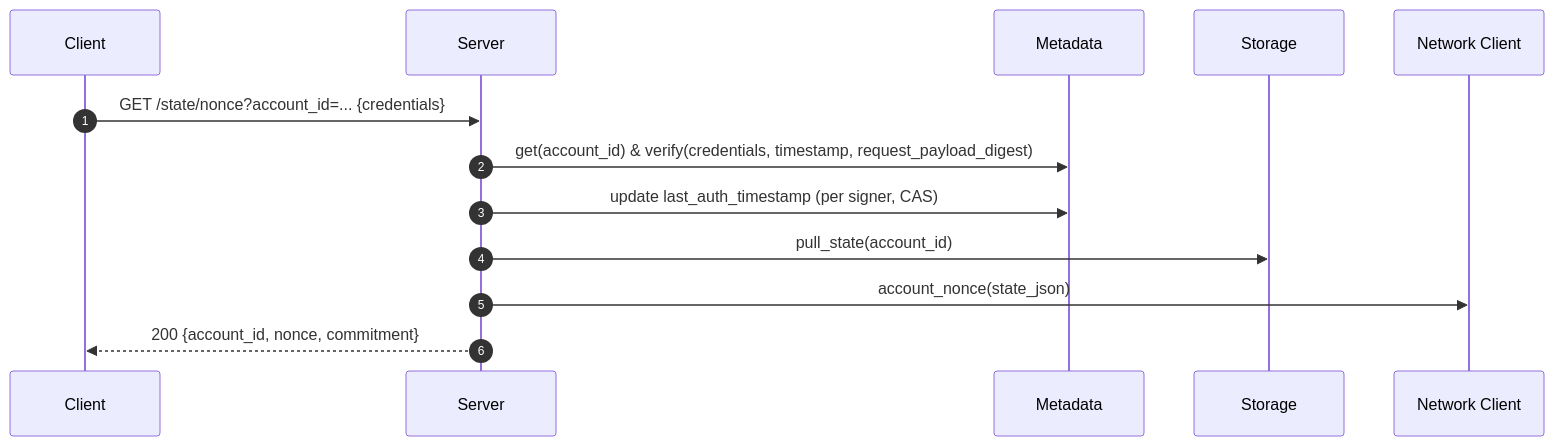
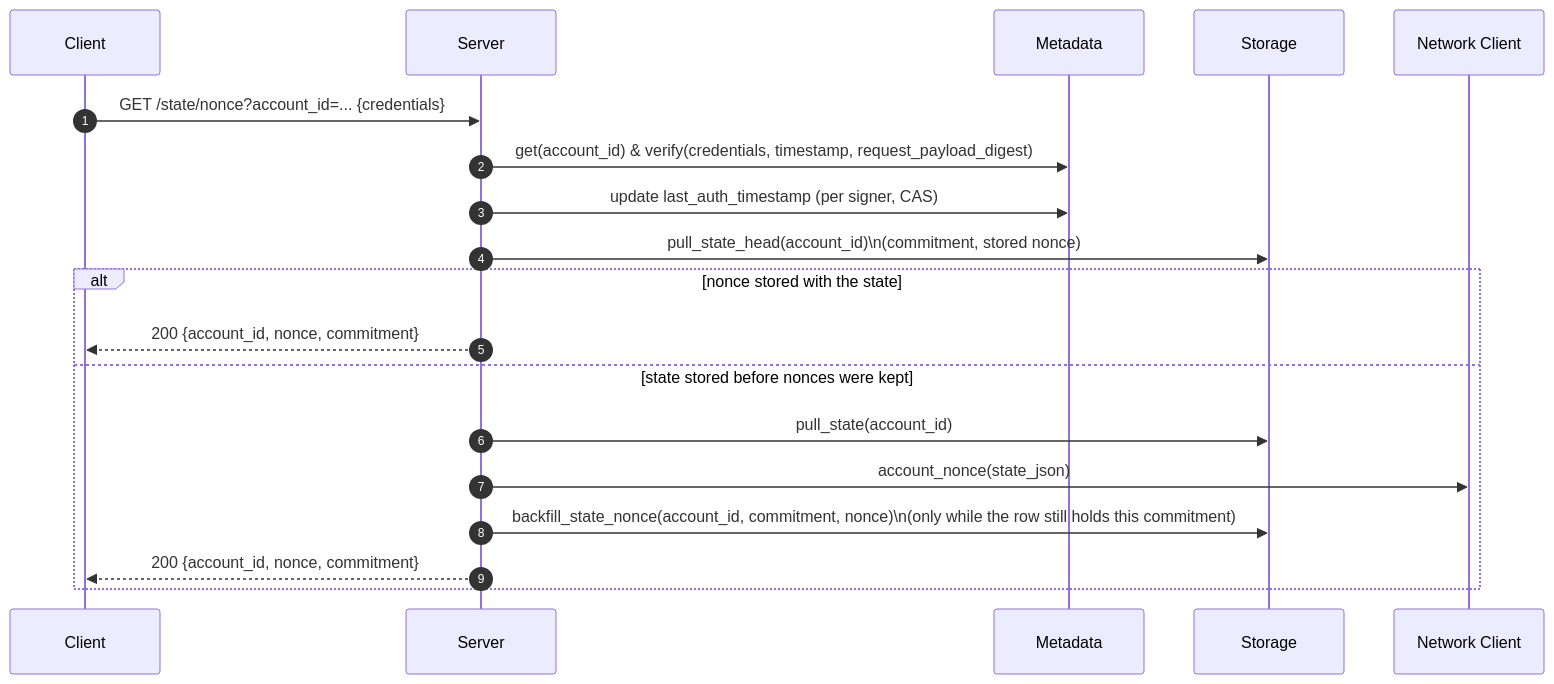
One commit to OpenZeppelin/guardian changed the fourth of 11 diagrams in spec/processes.md. Above: the diagram before and after it, drawn with Mermaid. The commit also changed other lines of this file and 37 other files, not shown here.

````diff
--- a/spec/processes.md
+++ b/spec/processes.md
@@ -100,15 +100,21 @@
 ```mermaid
 sequenceDiagram
   autonumber
   participant C as Client
   participant S as Server
   participant M as Metadata
   participant ST as Storage
   participant N as Network Client
   C->>S: GET /state/nonce?account_id=... {credentials}
   S->>M: get(account_id) & verify(credentials, timestamp, request_payload_digest)
   S->>M: update last_auth_timestamp (per signer, CAS)
-  S->>ST: pull_state(account_id)
-  S->>N: account_nonce(state_json)
-  S-->>C: 200 {account_id, nonce, commitment}
+  S->>ST: pull_state_head(account_id)\n(commitment, stored nonce)
+  alt nonce stored with the state
+    S-->>C: 200 {account_id, nonce, commitment}
+  else state stored before nonces were kept
+    S->>ST: pull_state(account_id)
+    S->>N: account_nonce(state_json)
+    S->>ST: backfill_state_nonce(account_id, commitment, nonce)\n(only while the row still holds this commitment)
+    S-->>C: 200 {account_id, nonce, commitment}
+  end
 ```
````
